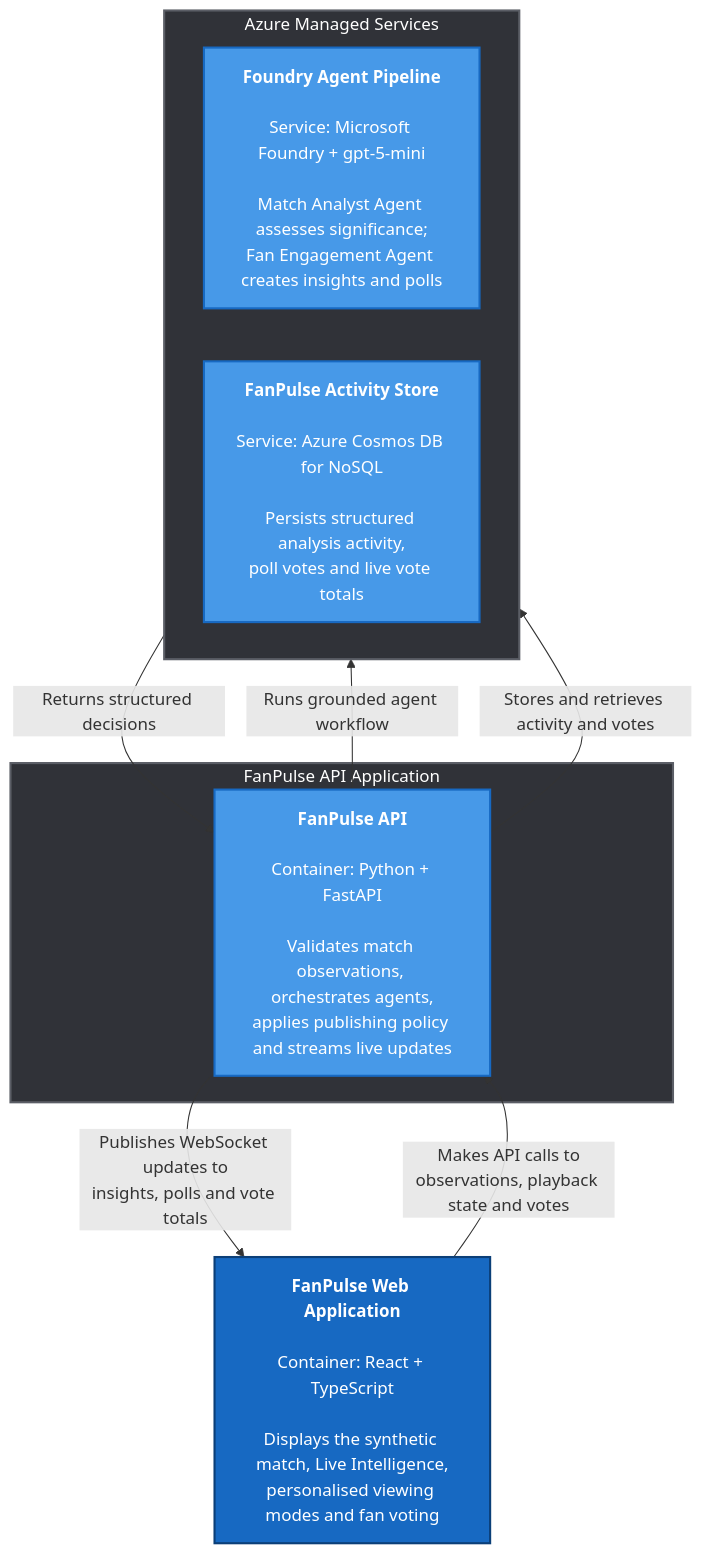
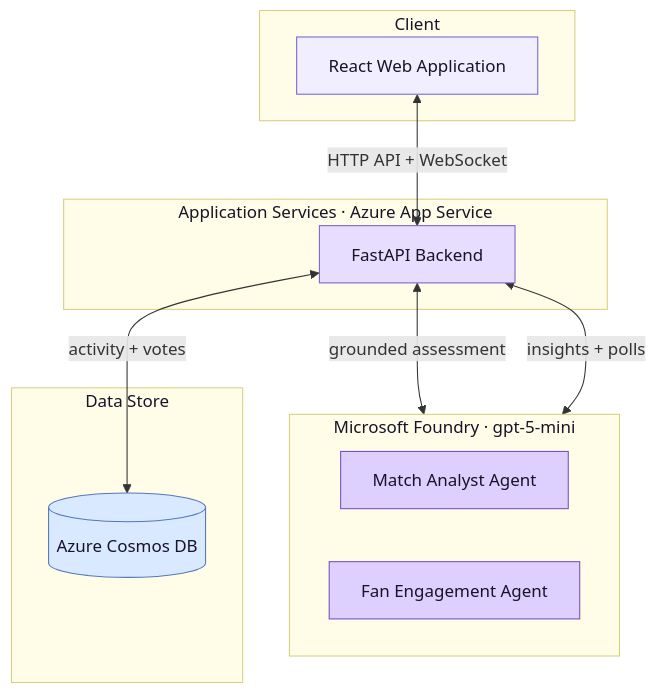
Before and after one commit to rriviere/fanpulse: the first of 4 diagrams in README.md, drawn with Mermaid.

Commit message:
docs: use a layered component map

````diff
--- a/README.md
+++ b/README.md
@@ -28,27 +28,38 @@
 ```mermaid
 flowchart TB
-    WEB["<b>FanPulse Web Application</b><br/><br/>Container: React + TypeScript<br/><br/>Displays the synthetic match, Live Intelligence,<br/>personalised viewing modes and fan voting"]
-
-    subgraph Application["FanPulse API Application"]
-        API["<b>FanPulse API</b><br/><br/>Container: Python + FastAPI<br/><br/>Validates match observations, orchestrates agents,<br/>applies publishing policy and streams live updates"]
+    subgraph Client["Client"]
+        WEB["React Web Application"]
     end
 
-    subgraph Azure["Azure Managed Services"]
-        direction LR
-        FOUNDRY["<b>Foundry Agent Pipeline</b><br/><br/>Service: Microsoft Foundry + gpt-5-mini<br/><br/>Match Analyst Agent assesses significance;<br/>Fan Engagement Agent creates insights and polls"]
-        COSMOS["<b>FanPulse Activity Store</b><br/><br/>Service: Azure Cosmos DB for NoSQL<br/><br/>Persists structured analysis activity,<br/>poll votes and live vote totals"]
+    subgraph Application["Application Services · Azure App Service"]
+        API["FastAPI Backend"]
     end
 
-    WEB -->|"Makes API calls to<br/>observations, playback state and votes"| API
-    API -->|"Publishes WebSocket updates to<br/>insights, polls and vote totals"| WEB
-    API -->|"Runs grounded agent workflow"| FOUNDRY
-    FOUNDRY -->|"Returns structured decisions"| API
-    API -->|"Stores and retrieves activity and votes"| COSMOS
+    subgraph Foundry["Microsoft Foundry · gpt-5-mini"]
+        direction LR
+        ANALYST["Match Analyst Agent"]
+        ENGAGEMENT["Fan Engagement Agent"]
+    end
 
-    classDef container fill:#1769c2,stroke:#0b3f78,color:#fff,stroke-width:2px;
-    classDef component fill:#4799e8,stroke:#1769c2,color:#fff,stroke-width:2px;
-    class WEB container;
-    class API,FOUNDRY,COSMOS component;
-    style Application fill:#303238,stroke:#5b5e66,color:#fff,stroke-width:2px
-    style Azure fill:#303238,stroke:#5b5e66,color:#fff,stroke-width:2px
+    subgraph Data["Data Store"]
+        COSMOS[("Azure Cosmos DB")]
+    end
+
+    WEB <-->|"HTTP API + WebSocket"| API
+    API <-->|"grounded assessment"| ANALYST
+    API <-->|"insights + polls"| ENGAGEMENT
+    API <-->|"activity + votes"| COSMOS
+
+    classDef client fill:#f1efff,stroke:#7565d6,color:#171329,stroke-width:1px;
+    classDef service fill:#e7ddff,stroke:#7b61c9,color:#171329,stroke-width:1px;
+    classDef agent fill:#ddd0ff,stroke:#6f52bd,color:#171329,stroke-width:1px;
+    classDef database fill:#d9e9ff,stroke:#5279b8,color:#171329,stroke-width:1px;
+    class WEB client;
+    class API service;
+    class ANALYST,ENGAGEMENT agent;
+    class COSMOS database;
+    style Client fill:#fffde8,stroke:#d8cf80,color:#171329
+    style Application fill:#fffde8,stroke:#d8cf80,color:#171329
+    style Foundry fill:#fffde8,stroke:#d8cf80,color:#171329
+    style Data fill:#fffde8,stroke:#d8cf80,color:#171329
 ```
````
